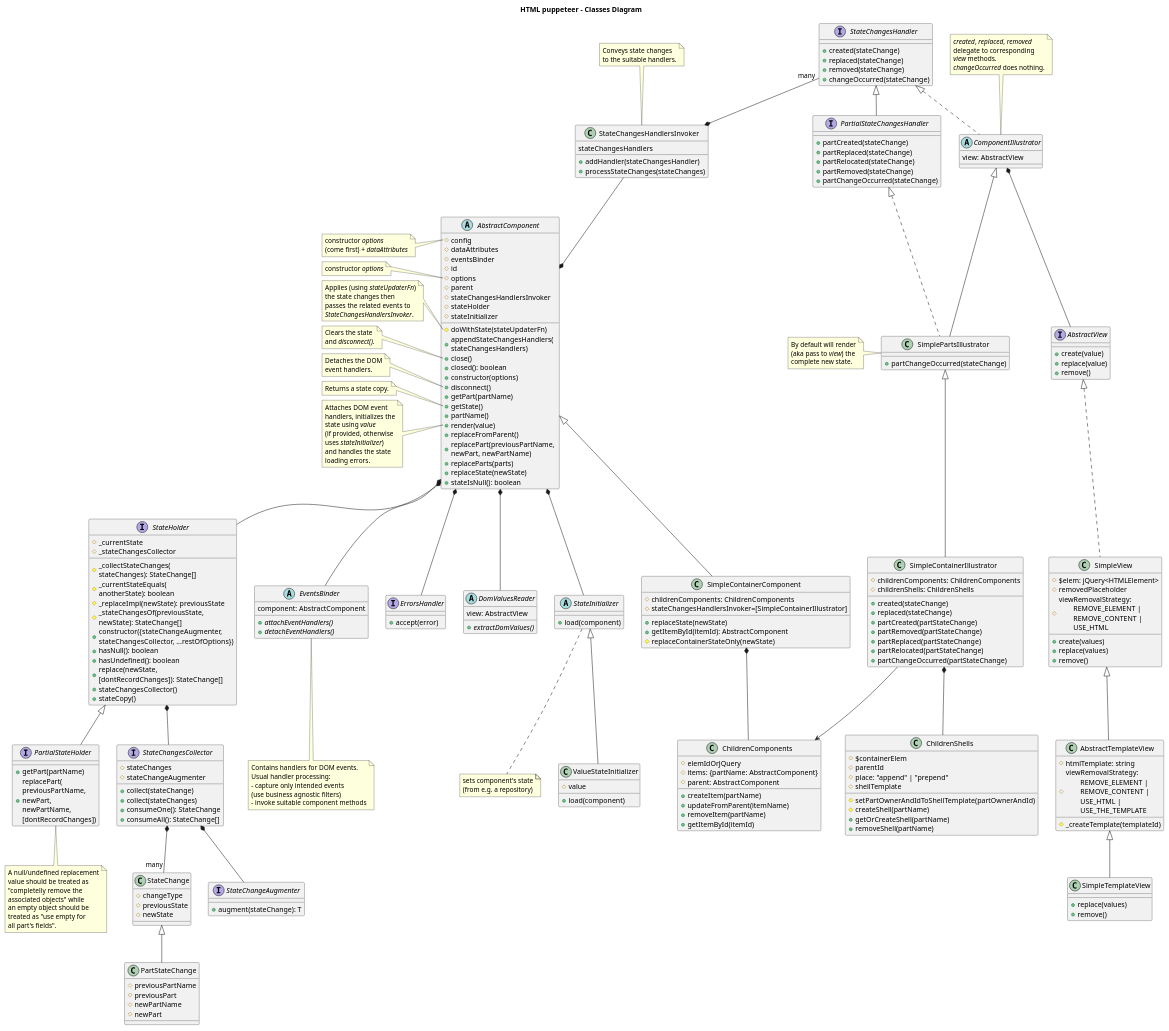
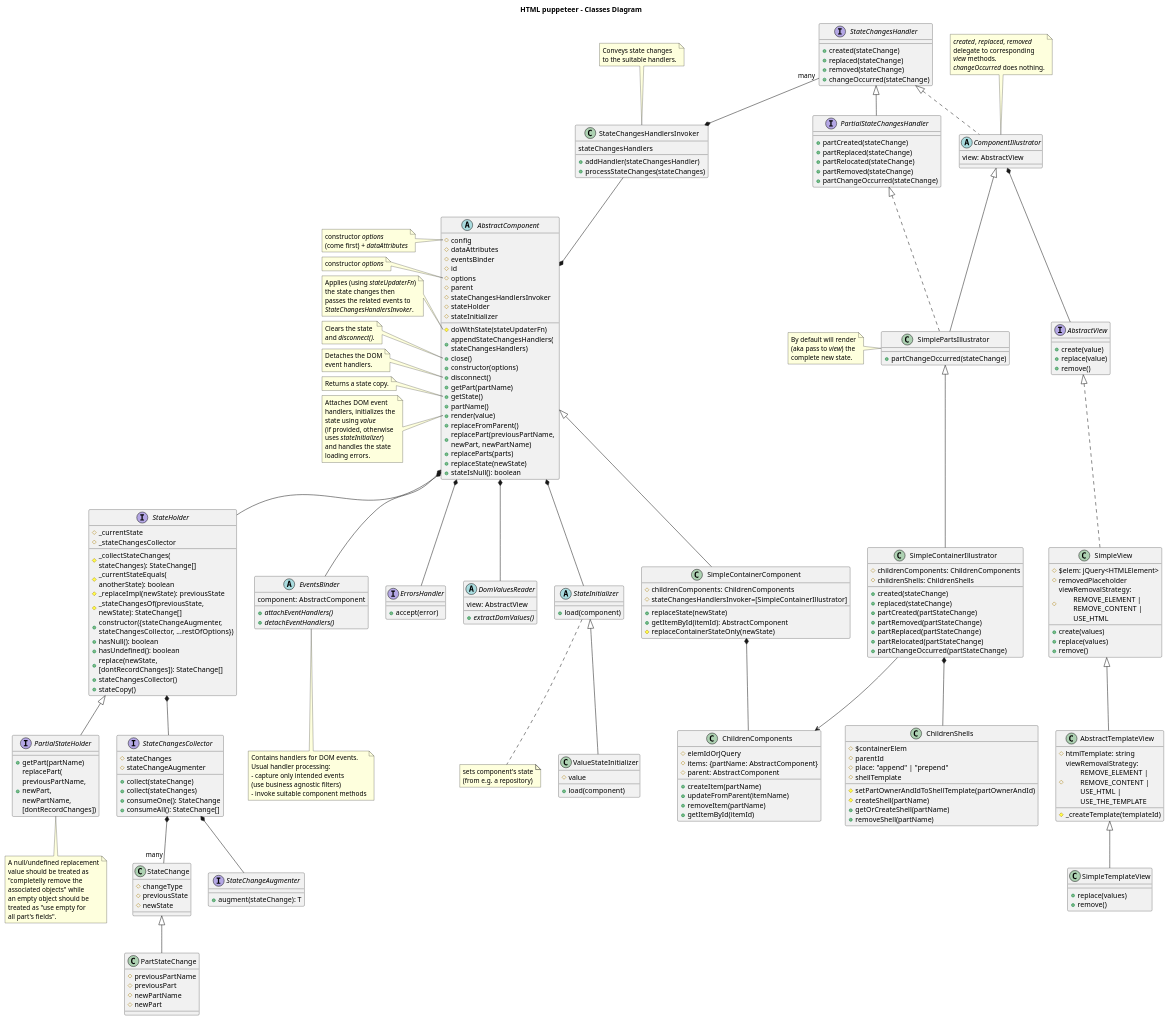
Before and after one commit to adrhc/html-puppeteer: the diagram in design/classes-diagram.puml, drawn with PlantUML. The commit also changed 1 other file, not shown here.

Commit message:
AbstractComponent.js: removed get closed() classes-diagram.puml updated

```diff
--- a/design/classes-diagram.puml
+++ b/design/classes-diagram.puml
@@ -15,7 +15,6 @@
   #doWithState(stateUpdaterFn)
   +appendStateChangesHandlers(\nstateChangesHandlers)
   +close()
-  +closed(): boolean
   +constructor(options)
   +disconnect()
   +getPart(partName)
```
